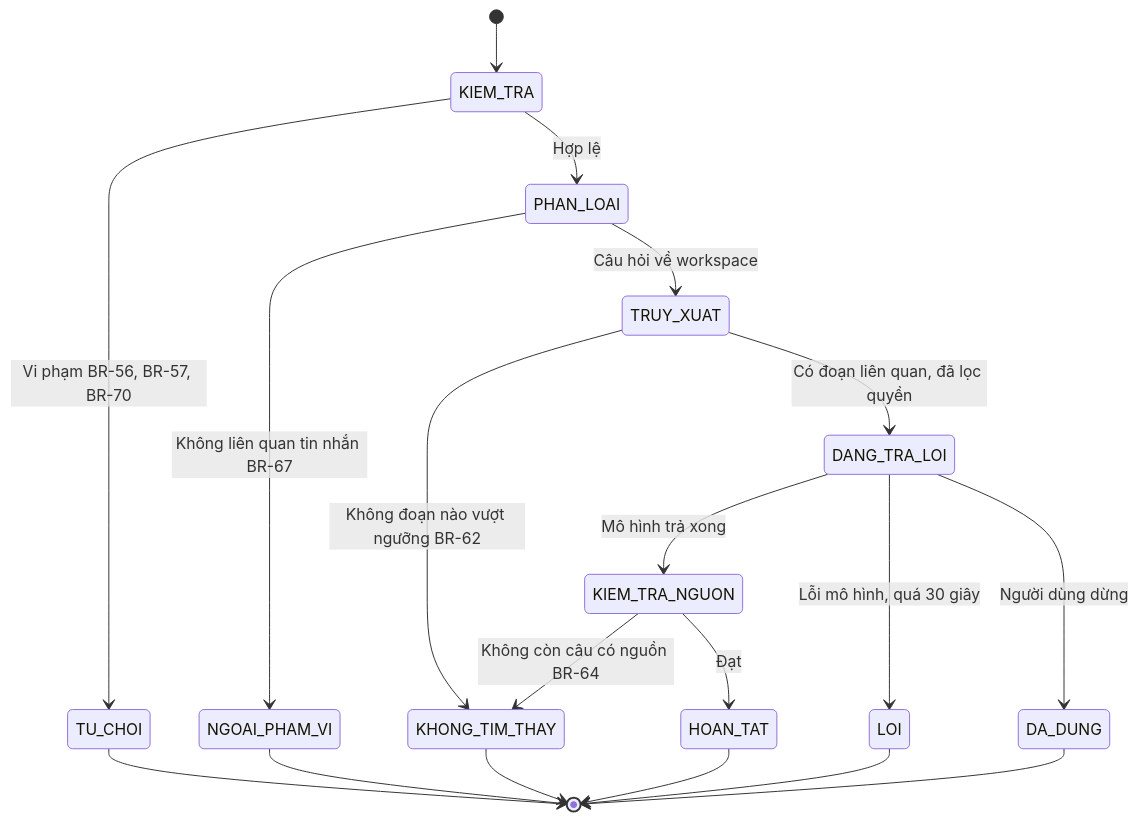
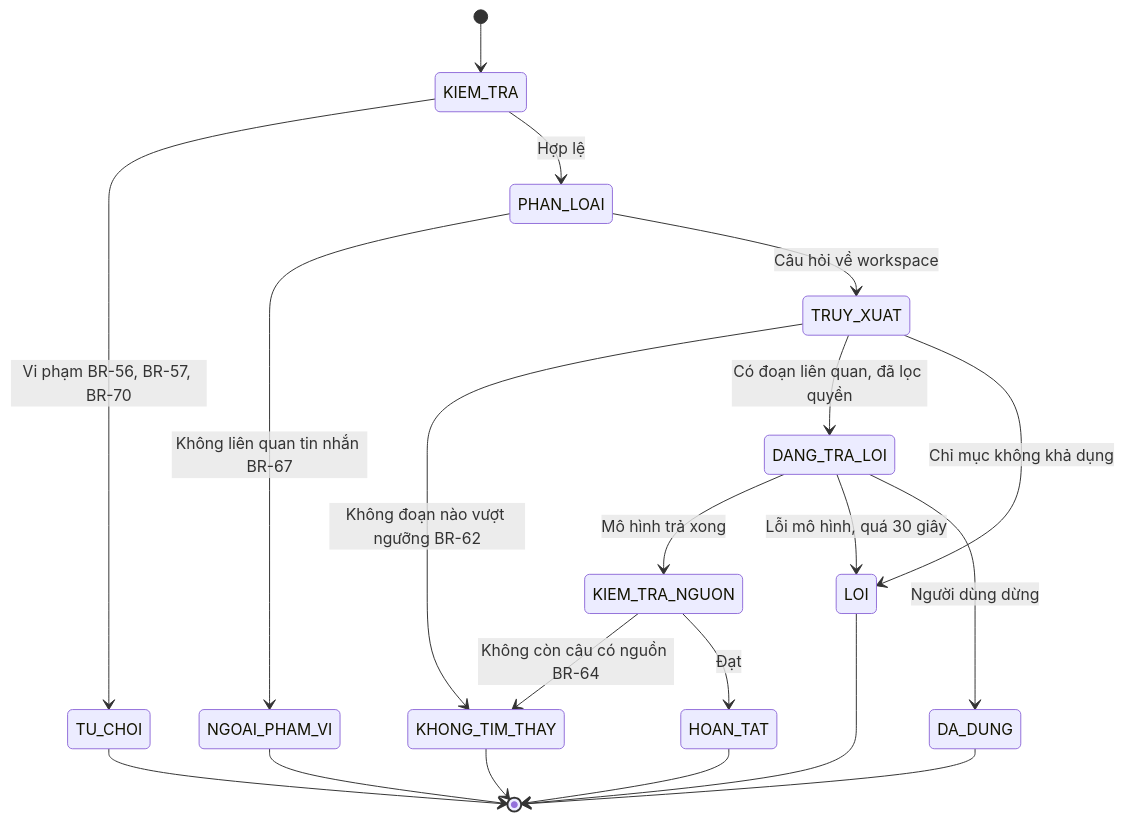
The first of 5 diagrams in docs/TN05-ai-hoi-dap/SRS.md (uxfoundation-vn/de08-nhan-tin-noi-bo-ai), drawn with Mermaid before and after one commit. The commit also changed 4 other files, not shown here.

````diff
--- a/docs/TN05-ai-hoi-dap/SRS.md
+++ b/docs/TN05-ai-hoi-dap/SRS.md
@@ -52,21 +52,22 @@
 ```mermaid
 stateDiagram-v2
   [*] --> KIEM_TRA
   KIEM_TRA --> TU_CHOI : Vi phạm BR-56, BR-57, BR-70
   KIEM_TRA --> PHAN_LOAI : Hợp lệ
   PHAN_LOAI --> NGOAI_PHAM_VI : Không liên quan tin nhắn BR-67
   PHAN_LOAI --> TRUY_XUAT : Câu hỏi về workspace
   TRUY_XUAT --> KHONG_TIM_THAY : Không đoạn nào vượt ngưỡng BR-62
   TRUY_XUAT --> DANG_TRA_LOI : Có đoạn liên quan, đã lọc quyền
+  TRUY_XUAT --> LOI : Chỉ mục không khả dụng
   DANG_TRA_LOI --> KIEM_TRA_NGUON : Mô hình trả xong
   KIEM_TRA_NGUON --> KHONG_TIM_THAY : Không còn câu có nguồn BR-64
   KIEM_TRA_NGUON --> HOAN_TAT : Đạt
   DANG_TRA_LOI --> LOI : Lỗi mô hình, quá 30 giây
   DANG_TRA_LOI --> DA_DUNG : Người dùng dừng
   HOAN_TAT --> [*]
   KHONG_TIM_THAY --> [*]
   NGOAI_PHAM_VI --> [*]
   TU_CHOI --> [*]
   LOI --> [*]
   DA_DUNG --> [*]
 ```
````
